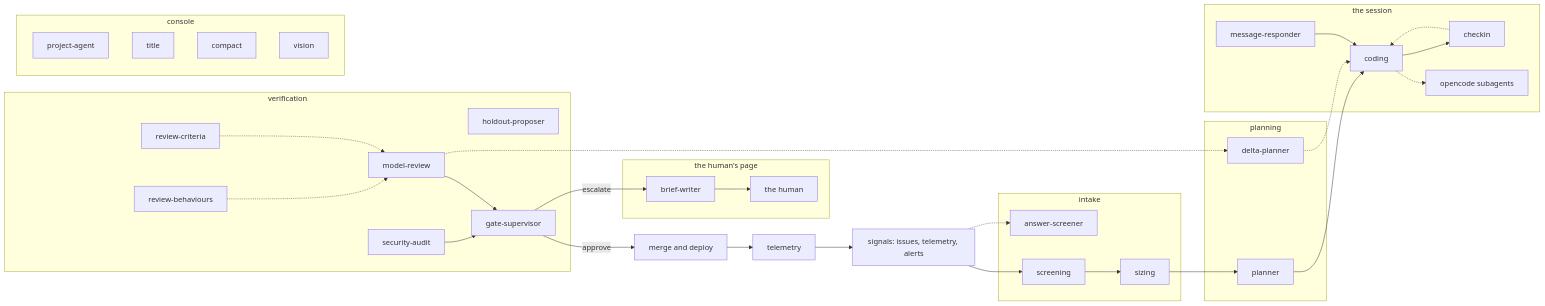
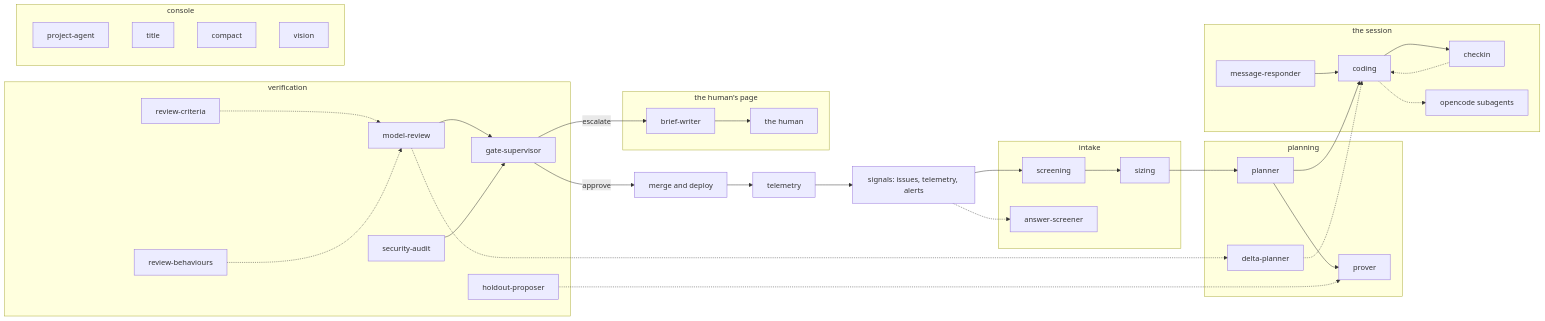
The diagram in cmd/agentdoc/master.mmd (sebastianrueckerai/ai-software-factory-code), drawn with Mermaid before and after one commit. The commit also changed 23 other files, not shown here.

```diff
--- a/cmd/agentdoc/master.mmd
+++ b/cmd/agentdoc/master.mmd
@@ -1,53 +1,56 @@
 graph LR
   signals["signals: issues, telemetry, alerts"]
   subgraph intake["intake"]
     screening["screening"]
     sizing["sizing"]
     answer-screener["answer-screener"]
   end
   subgraph planning["planning"]
     planner["planner"]
+    prover["prover"]
     delta-planner["delta-planner"]
   end
   subgraph the-session["the session"]
     coding["coding"]
     message-responder["message-responder"]
     checkin["checkin"]
     opencode-subagents["opencode subagents"]
   end
   subgraph verification["verification"]
     review-criteria["review-criteria"]
     review-behaviours["review-behaviours"]
     model-review["model-review"]
     security-audit["security-audit"]
     holdout-proposer["holdout-proposer"]
     gate-supervisor["gate-supervisor"]
   end
   subgraph the-human["the human's page"]
     brief-writer["brief-writer"]
     human["the human"]
   end
   subgraph console["console"]
     project-agent["project-agent"]
     title["title"]
     compact["compact"]
     vision["vision"]
   end
   deploy["merge and deploy"]
   telemetry["telemetry"]
 
   signals --> screening --> sizing --> planner --> coding
   signals -.-> answer-screener
+  planner --> prover
+  holdout-proposer -.-> prover
   coding -.-> opencode-subagents
   message-responder --> coding
   coding --> checkin
   checkin -.-> coding
   model-review --> gate-supervisor
   security-audit --> gate-supervisor
   review-criteria -.-> model-review
   review-behaviours -.-> model-review
   model-review -.-> delta-planner
   delta-planner -.-> coding
   gate-supervisor -->|approve| deploy
   gate-supervisor -->|escalate| brief-writer --> human
   deploy --> telemetry --> signals
```
